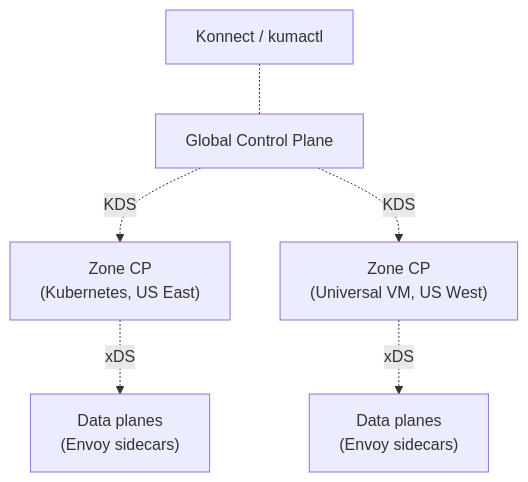
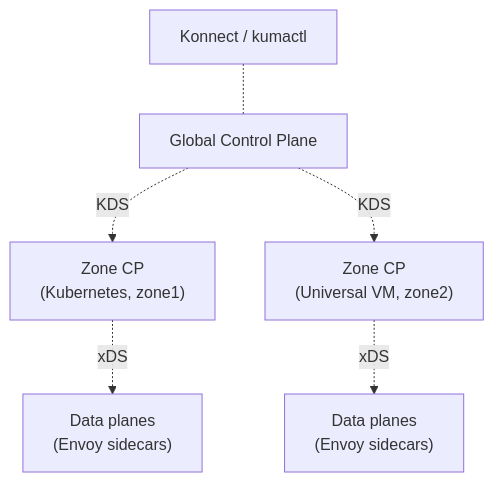
Before and after one commit to Kong/developer.konghq.com: the first of 2 diagrams in app/mesh/scenarios/architecture-overview.md, drawn with Mermaid. The commit also changed other lines of this file and 24 other files, not shown here.

```diff
--- a/app/mesh/scenarios/architecture-overview.md
+++ b/app/mesh/scenarios/architecture-overview.md
@@ -99,15 +109,15 @@
 {% mermaid %}
 flowchart TD
     GUI["Konnect / kumactl"]
     GCP["Global Control Plane"]
-    Z1CP["Zone CP<br/>(Kubernetes, US East)"]
-    Z2CP["Zone CP<br/>(Universal VM, US West)"]
+    Z1CP["Zone CP<br/>(Kubernetes, zone1)"]
+    Z2CP["Zone CP<br/>(Universal VM, zone2)"]
     DP1["Data planes<br/>(Envoy sidecars)"]
     DP2["Data planes<br/>(Envoy sidecars)"]
 
     GUI -.- GCP
     GCP -.->|KDS| Z1CP
     GCP -.->|KDS| Z2CP
     Z1CP -.->|xDS| DP1
     Z2CP -.->|xDS| DP2
 {% endmermaid %}
```
